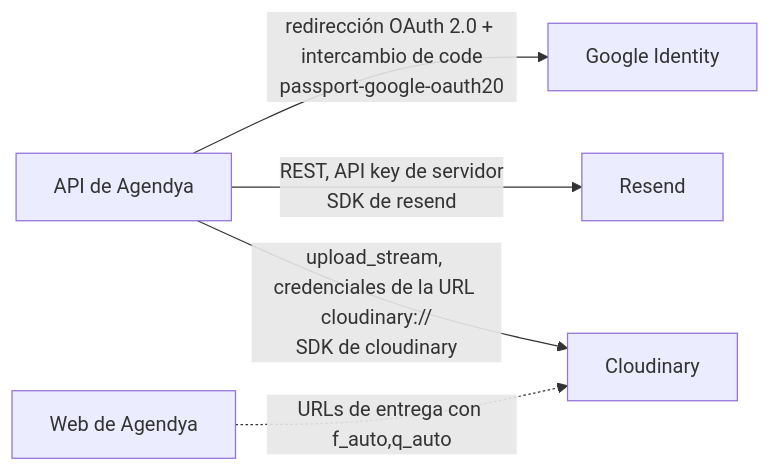
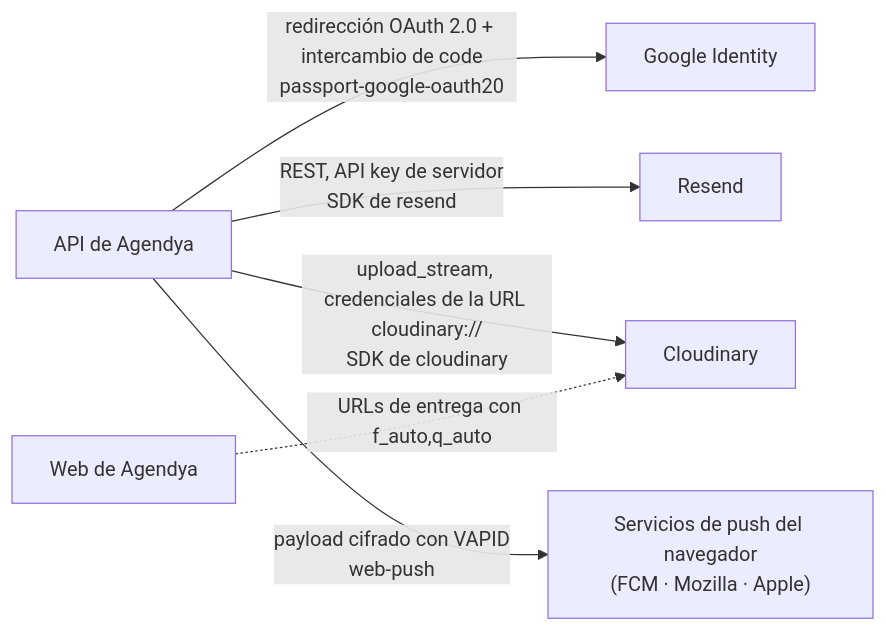
Before and after one commit to Emberalab/Agendya: the diagram in docs/src/content/docs/architecture/external-services.md, drawn with Mermaid. The commit also changed other lines of this file and 54 other files, not shown here.

````diff
--- a/docs/src/content/docs/architecture/external-services.md
+++ b/docs/src/content/docs/architecture/external-services.md
@@ -11,8 +11,9 @@
 ```mermaid
 flowchart LR
   API["API de Agendya"]
   API -->|"redirección OAuth 2.0 + intercambio de code<br/>passport-google-oauth20"| G["Google Identity"]
   API -->|"REST, API key de servidor<br/>SDK de resend"| R["Resend"]
   API -->|"upload_stream, credenciales de la URL cloudinary://<br/>SDK de cloudinary"| C["Cloudinary"]
+  API -->|"payload cifrado con VAPID<br/>web-push"| P["Servicios de push del navegador<br/>(FCM · Mozilla · Apple)"]
   Web["Web de Agendya"] -.->|"URLs de entrega con f_auto,q_auto"| C
 ```
````
